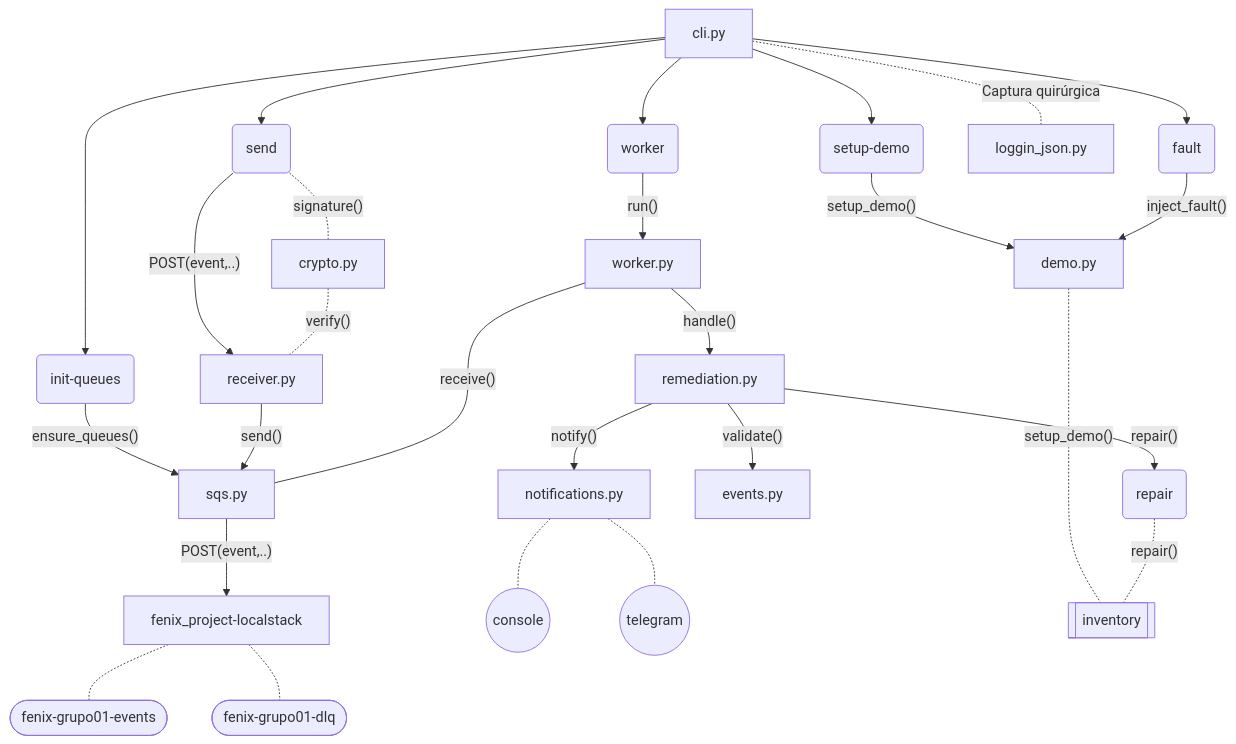
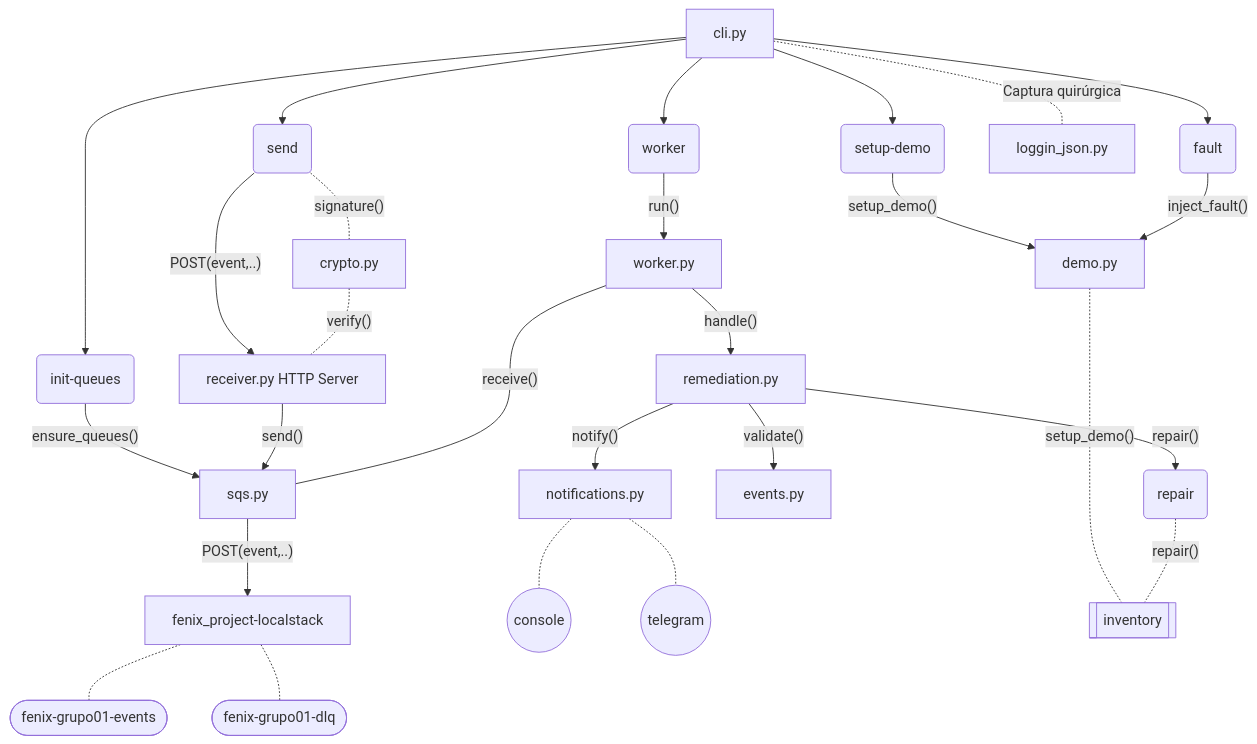
The diagram in README.md (mamanicristian92/fenix_project), drawn with Mermaid before and after one commit.

Commit message:
docs(readme): corregir chartflow

````diff
--- a/README.md
+++ b/README.md
@@ -250,57 +250,57 @@
 ```mermaid
 flowchart TD
     A[cli.py]
     B(init-queues)
     C(setup-demo)
     D(fault)
     E(send)
     F(worker)
     G[loggin_json.py]
 
     A -->| | B
     A -->| | C
     A -->| | D
     A -->| | E
     A -->| | F
     A -.-|"Captura quirúrgica" |G
 
     H[sqs.py]
     I[demo.py]
     J[crypto.py]
-    K[receiver.py]
+    K["receiver.py HTTP Server"]
     L[fenix_project-localstack]
     M([fenix-grupo01-events])
     N([fenix-grupo01-dlq])
     O[worker.py]
     P[remediation.py]
     Q[notifications.py]
     R((console))
     S((telegram))
 
     B -->|"ensure_queues()" | H
     C -->|"setup_demo()" | I
     D -->|"inject_fault()" | I
     E -.-|"signature()" | J
     E -->|"POST(event,..)" | K
     H -->|"POST(event,..)" | L
     J -.-|"verify()" | K
     K -->|"send()" | H
     L -.-| | M
     L -.-| | N
     F -->|"run()" | O
     O -->|"handle()" | P
 
     P -->|"notify()" | Q
     Q -.-| | R
     Q -.-| | S
     O ---|"receive()" | H
     
     T[events.py]
     P -->|"validate()" | T
 
     V[[inventory]]
     W(repair)
     I -.-|"setup_demo()" | V
     P -->|"repair()" | W
     W -.-|"repair()" | V
 ```
````
